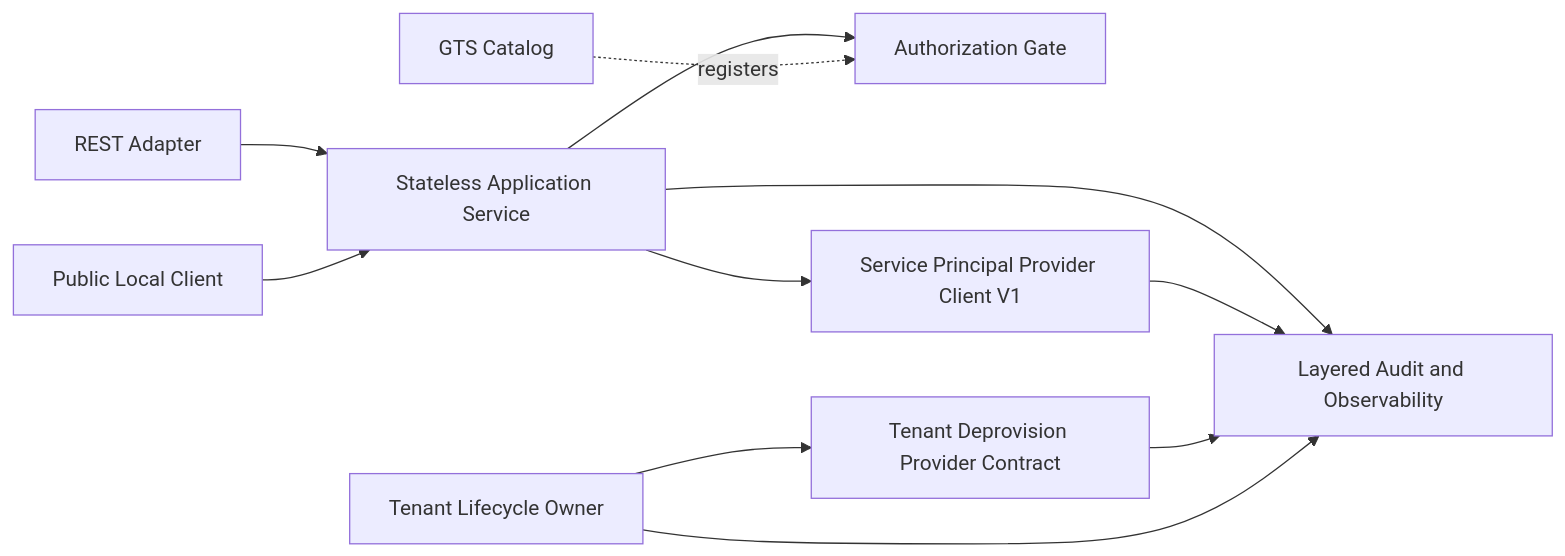
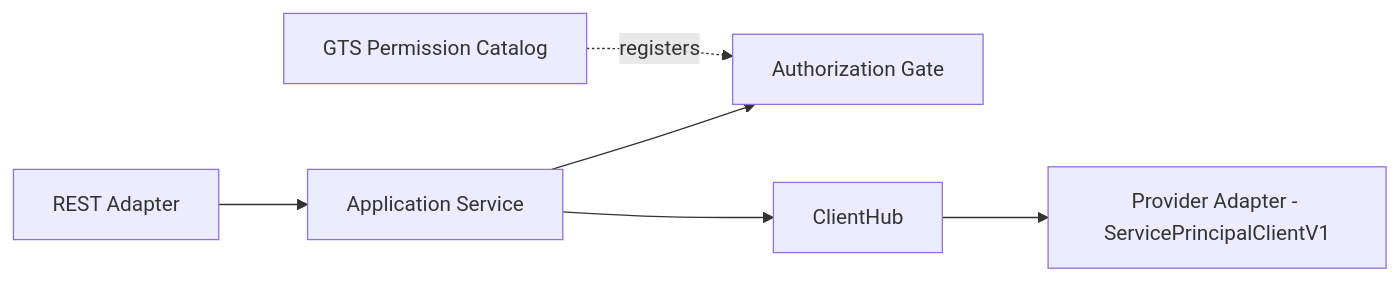
Before and after one commit to constructorfabric/gears-rust: the second of 7 diagrams in gears/system/service-principal/docs/DESIGN.md, drawn with Mermaid. The commit also changed other lines of this file and 28 other files, not shown here.

First line of the commit message:
feat(service-principal): port gear from vhp-core and align docs with implementation

````diff
--- a/gears/system/service-principal/docs/DESIGN.md
+++ b/gears/system/service-principal/docs/DESIGN.md
@@ -237,23 +260,15 @@
 ```mermaid
 graph LR
     API[REST Adapter]
-    SDK[Public Local Client]
-    SVC[Stateless Application Service]
+    SVC[Application Service]
     PEP[Authorization Gate]
-    SPI[Service Principal Provider Client V1]
-    TLS[Tenant Lifecycle Owner]
-    TDP[Tenant Deprovision Provider Contract]
-    CAT[GTS Catalog]
-    OBS[Layered Audit and Observability]
+    HUB[ClientHub]
+    SPI[Provider Adapter - ServicePrincipalClientV1]
+    CAT[GTS Permission Catalog]
 
     API --> SVC
-    SDK --> SVC
     SVC --> PEP
-    SVC --> SPI
-    TLS --> TDP
+    SVC --> HUB
+    HUB --> SPI
     CAT -. registers .-> PEP
-    SVC --> OBS
-    SPI --> OBS
-    TDP --> OBS
-    TLS --> OBS
 ```
````
